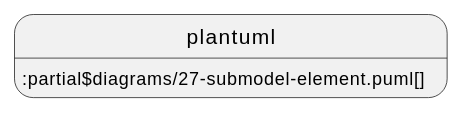
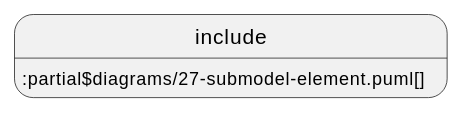
Before and after one commit to acplt/aas-specs: the fourth of 4 diagrams in documentation/IDTA-01001/modules/ROOT/pages/spec-metamodel/core.adoc, drawn with PlantUML. The commit also changed other lines of this file and 14 other files, not shown here.

First line of the commit message:
Revert "Use plantuml instead of include and test ./"

```diff
--- a/documentation/IDTA-01001/modules/ROOT/pages/spec-metamodel/core.adoc
+++ b/documentation/IDTA-01001/modules/ROOT/pages/spec-metamodel/core.adoc
@@ -286,4 +286,4 @@
 [plantuml, 27-submodel-element, svg]
 ....
-plantuml::partial$diagrams/27-submodel-element.puml[]
+include::partial$diagrams/27-submodel-element.puml[]
 ....
```
